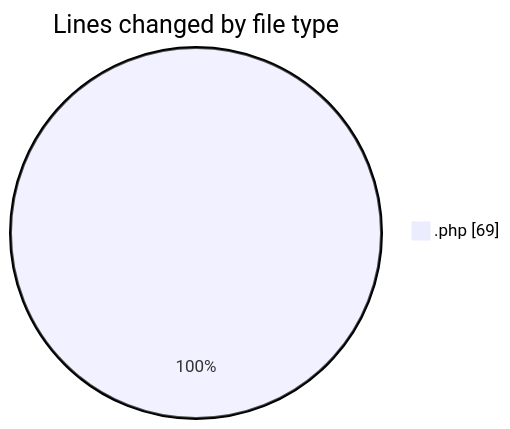
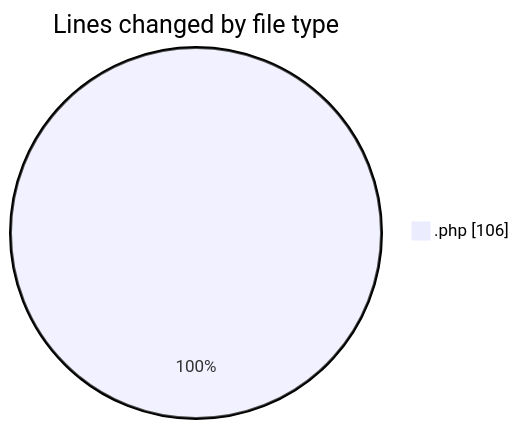
Before and after one commit to debugP/code-tracking: the first of 2 diagrams in 2026-10-09/untitled__workspace_/README.md, drawn with Mermaid. The commit also changed other lines of this file and 1 other file, not shown here.

````diff
--- a/2026-10-09/untitled__workspace_/README.md
+++ b/2026-10-09/untitled__workspace_/README.md
@@ -20,5 +20,5 @@
 ```mermaid
 pie showData
 title Lines changed by file type
-".php" : 69
+".php" : 106
 ```
````
